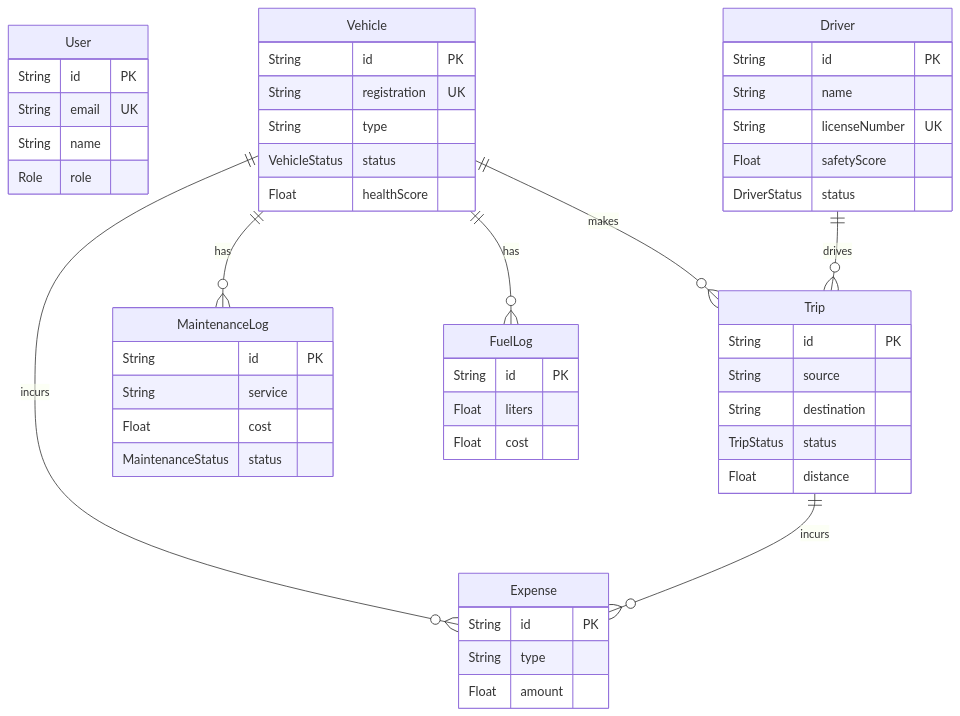
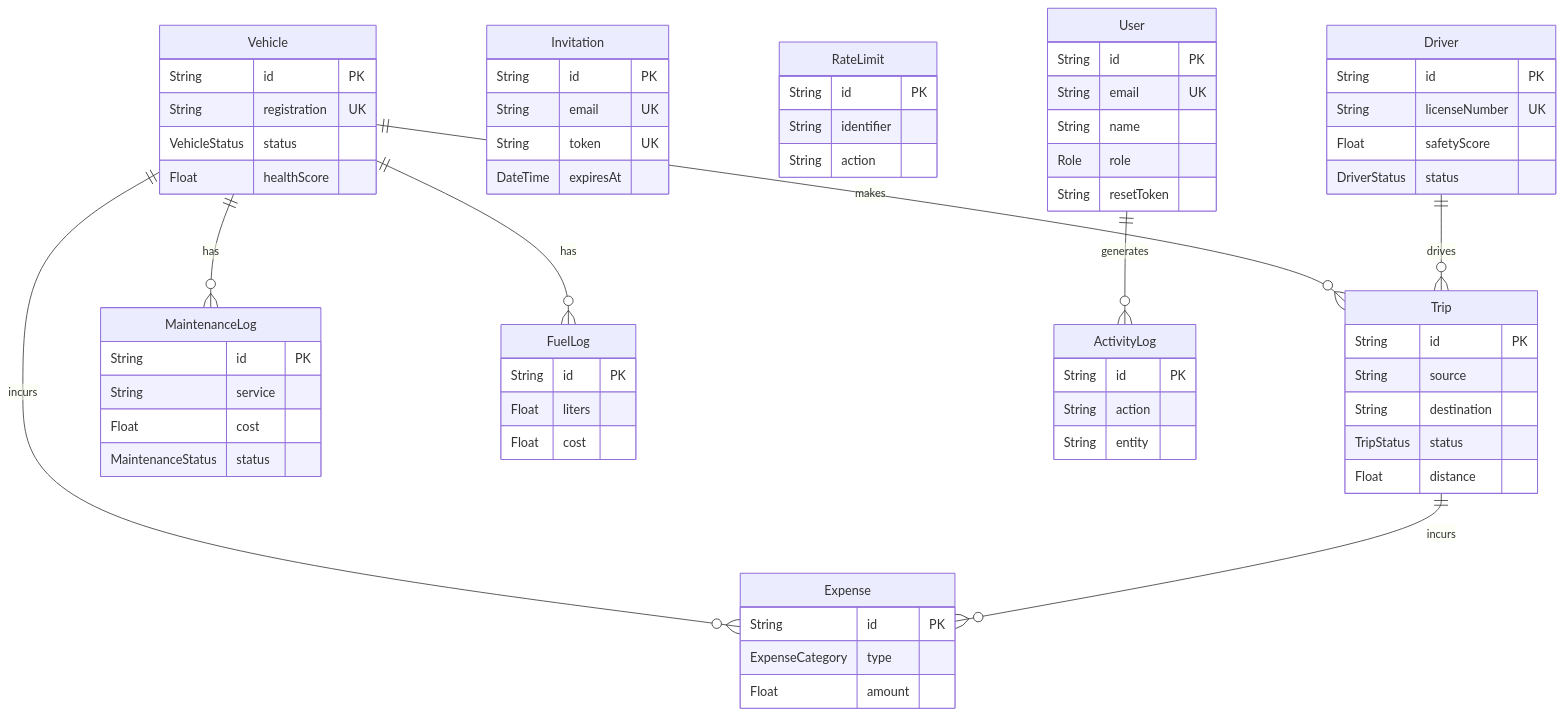
Before and after one commit to sachhu04/TransitOps: the second of 2 diagrams in README.md, drawn with Mermaid. The commit also changed other lines of this file, not shown here.

````diff
--- a/README.md
+++ b/README.md
@@ -110,53 +110,69 @@
 ```mermaid
 erDiagram
     User {
         String id PK
         String email UK
         String name
         Role role
+        String resetToken
+    }
+    Invitation {
+        String id PK
+        String email UK
+        String token UK
+        DateTime expiresAt
+    }
+    RateLimit {
+        String id PK
+        String identifier
+        String action
     }
     Vehicle {
         String id PK
         String registration UK
-        String type
         VehicleStatus status
         Float healthScore
     }
     Driver {
         String id PK
-        String name
         String licenseNumber UK
         Float safetyScore
         DriverStatus status
     }
     Trip {
         String id PK
         String source
         String destination
         TripStatus status
         Float distance
     }
     MaintenanceLog {
         String id PK
         String service
         Float cost
         MaintenanceStatus status
     }
     FuelLog {
         String id PK
         Float liters
         Float cost
     }
     Expense {
         String id PK
-        String type
+        ExpenseCategory type
         Float amount
+    }
+    ActivityLog {
+        String id PK
+        String action
+        String entity
     }
 
     Vehicle ||--o{ Trip : makes
     Driver ||--o{ Trip : drives
     Vehicle ||--o{ MaintenanceLog : has
     Vehicle ||--o{ FuelLog : has
     Vehicle ||--o{ Expense : incurs
     Trip ||--o{ Expense : incurs
+    User ||--o{ ActivityLog : generates
 ```
````
